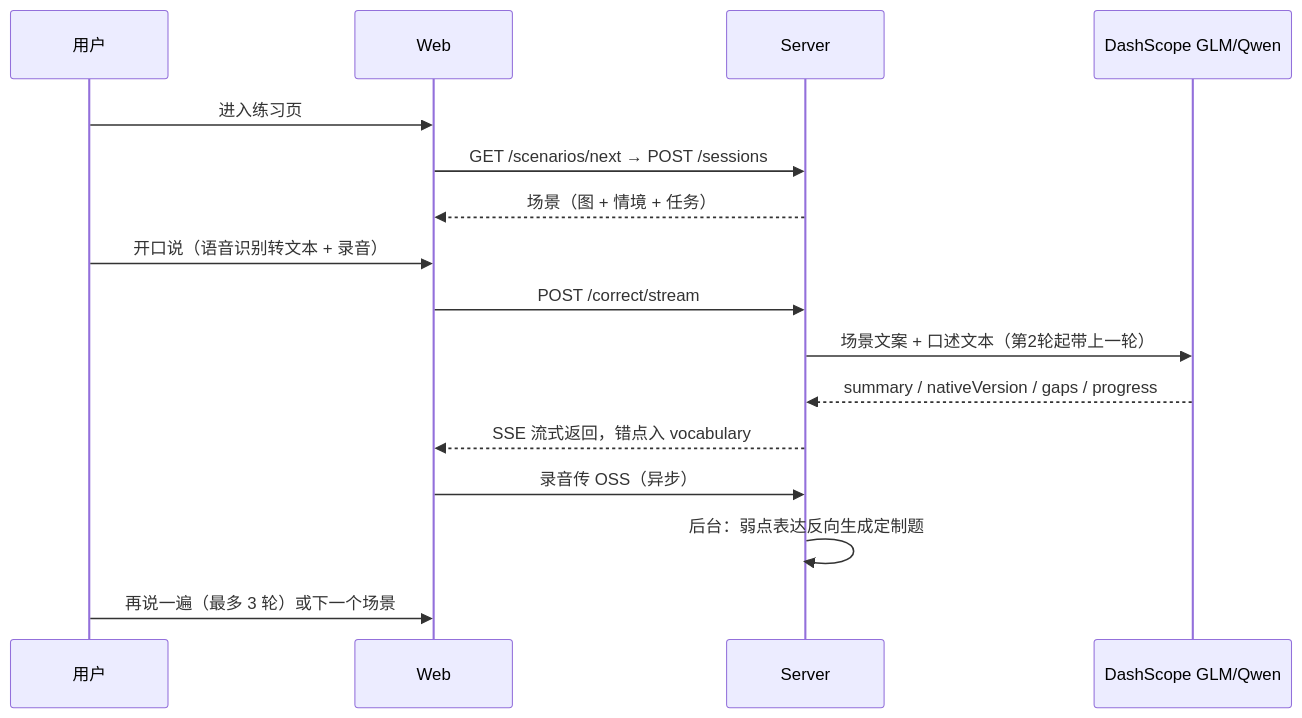
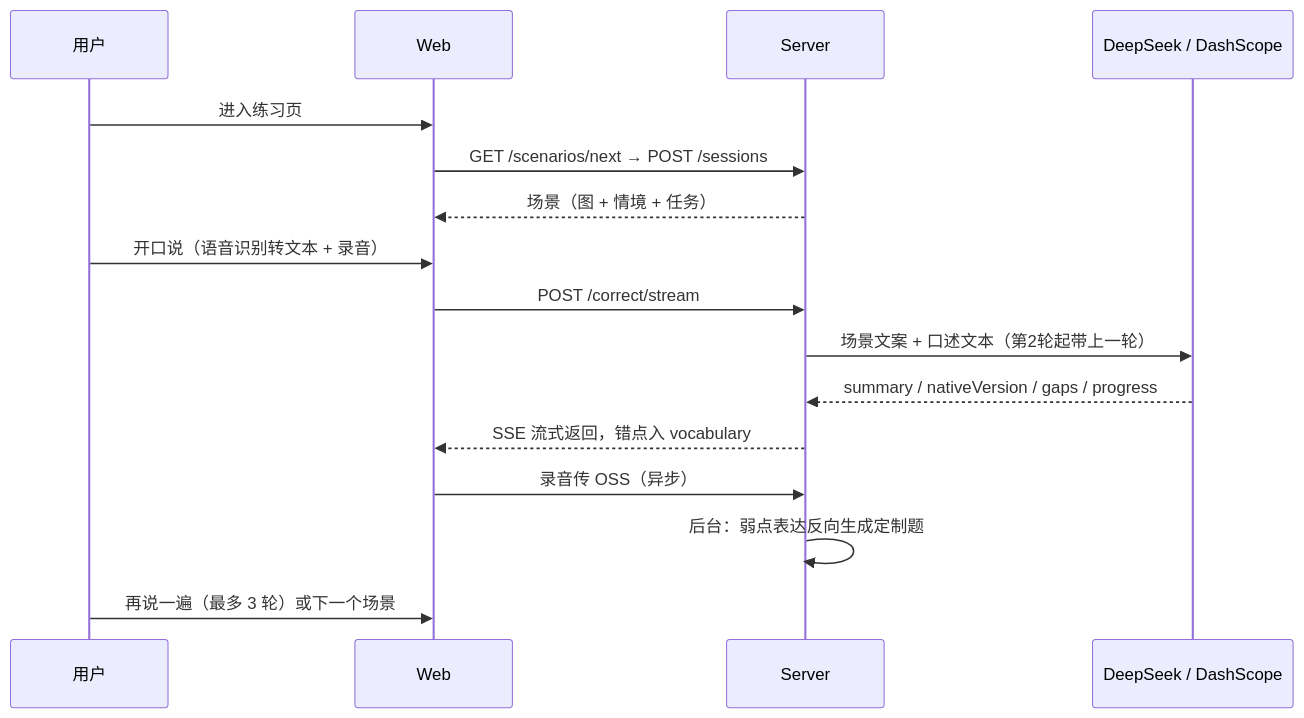
One commit to makewheels/speakup changed the second of 2 diagrams in docs/README.md. Above: the diagram before and after it, drawn with Mermaid. The commit also changed other lines of this file and 15 other files, not shown here.

````diff
--- a/docs/README.md
+++ b/docs/README.md
@@ -51,18 +51,18 @@
 ```mermaid
 sequenceDiagram
     participant U as 用户
     participant W as Web
     participant S as Server
-    participant Q as DashScope GLM/Qwen
+    participant Q as DeepSeek / DashScope
     U->>W: 进入练习页
     W->>S: GET /scenarios/next → POST /sessions
     S-->>W: 场景（图 + 情境 + 任务）
     U->>W: 开口说（语音识别转文本 + 录音）
     W->>S: POST /correct/stream
     S->>Q: 场景文案 + 口述文本（第2轮起带上一轮）
     Q-->>S: summary / nativeVersion / gaps / progress
     S-->>W: SSE 流式返回，错点入 vocabulary
     W->>S: 录音传 OSS（异步）
     S->>S: 后台：弱点表达反向生成定制题
     U->>W: 再说一遍（最多 3 轮）或下一个场景
 ```
````
